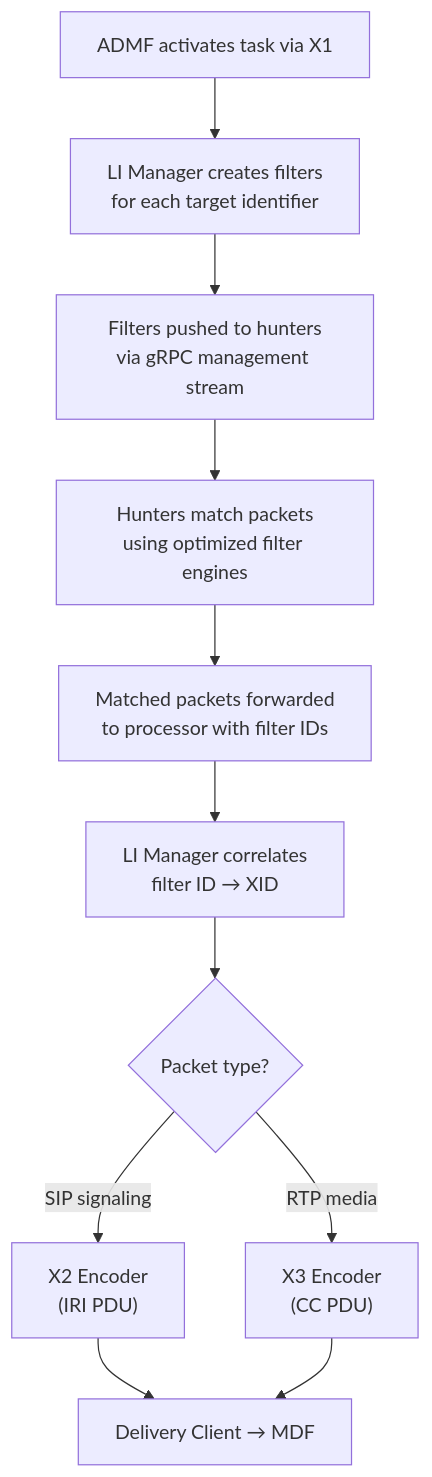
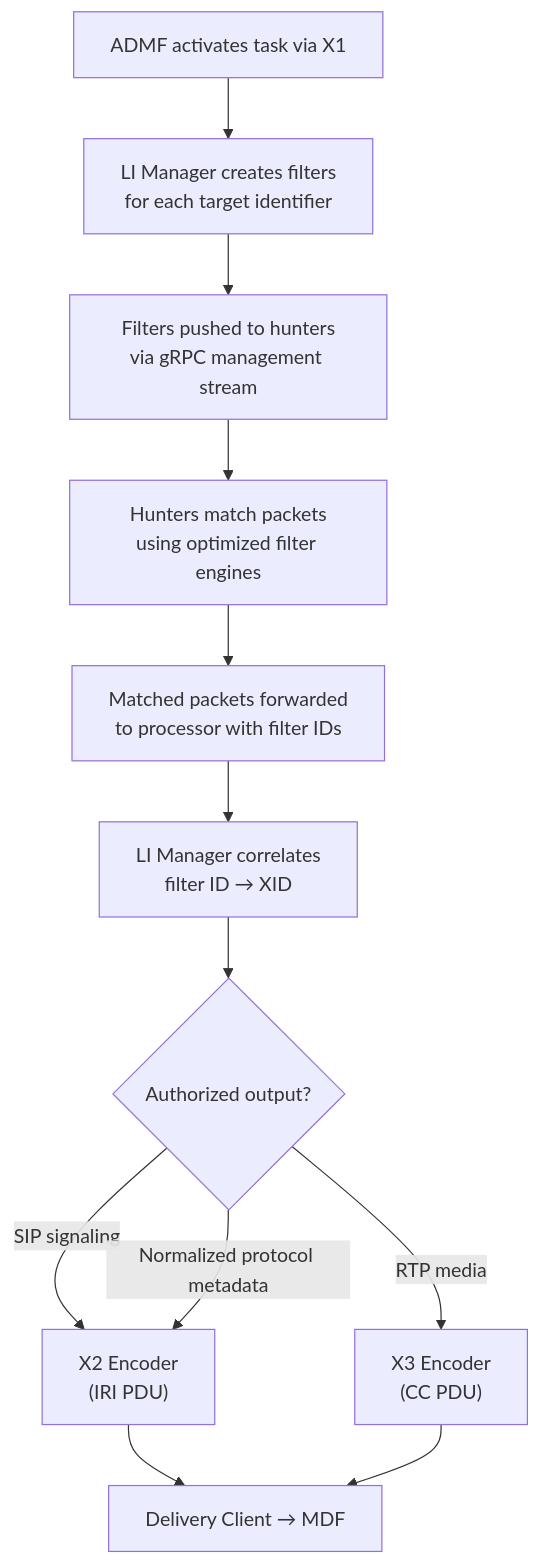
The fourth of 4 diagrams in docs/manual/src/part5-advanced/lawful-interception.md (endorses/lippycat), drawn with Mermaid before and after one commit. The commit also changed other lines of this file and 8 other files, not shown here.

````diff
--- a/docs/manual/src/part5-advanced/lawful-interception.md
+++ b/docs/manual/src/part5-advanced/lawful-interception.md
@@ -501,13 +548,14 @@
 ```mermaid
 flowchart TD
     A["ADMF activates task via X1"] --> B["LI Manager creates filters<br/>for each target identifier"]
     B --> C["Filters pushed to hunters<br/>via gRPC management stream"]
     C --> D["Hunters match packets<br/>using optimized filter engines"]
     D --> E["Matched packets forwarded<br/>to processor with filter IDs"]
     E --> F["LI Manager correlates<br/>filter ID → XID"]
-    F --> G{"Packet type?"}
+    F --> G{"Authorized output?"}
     G -->|SIP signaling| H["X2 Encoder<br/>(IRI PDU)"]
+    G -->|Normalized protocol metadata| H
     G -->|RTP media| I["X3 Encoder<br/>(CC PDU)"]
     H --> J["Delivery Client → MDF"]
     I --> J
 ```
````
